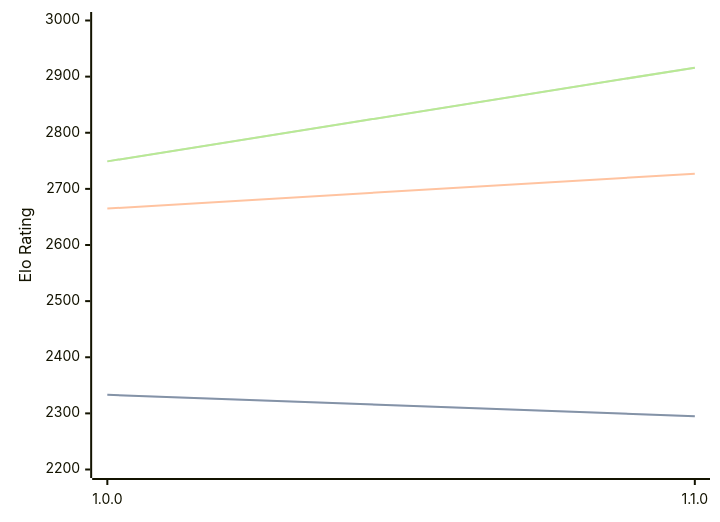
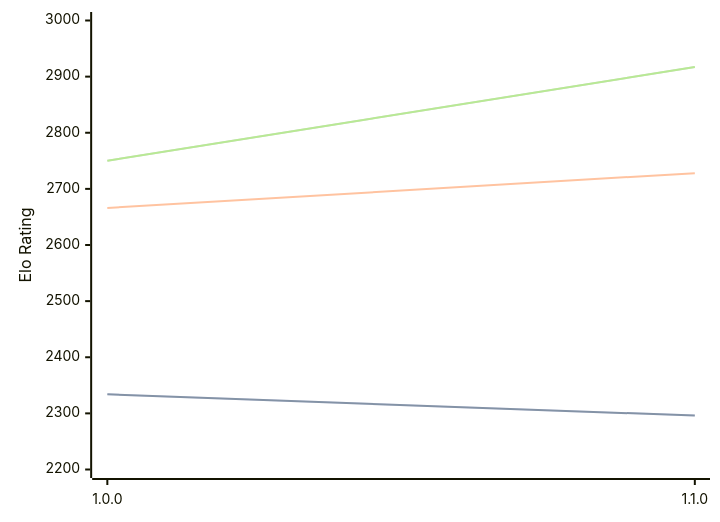
One commit to computer-chess-index/cci changed the diagram in engines/ShallowGuess.md. Above: the diagram before and after it, drawn with Mermaid. The commit also changed other lines of this file, not shown here.

Commit message:
Update CCI Ratings (ELO VLTC) - 2026-10-09

````diff
--- a/engines/ShallowGuess.md
+++ b/engines/ShallowGuess.md
@@ -32,11 +32,11 @@
 ```mermaid
 %%{init: {"theme":"base","themeVariables":{"seriesColors:['#a3a3a3','#222221','#faa371']}}}%%
 xychart-beta
   x-axis ["1.0.0", "1.1.0"]
   y-axis "Elo Rating" 2200 --> 3000
-  line "" [2333, 2295]
-  line "STC (8.0+0.08s)" [2333, 2295]
-  line "LTC (60.0+0.60s)" [2665, 2727]
-  line "" [2749, 2916]
-  line "VLTC (2m24s+1.12s)" [2749, 2916]
+  line "" [2334, 2296]
+  line "STC (8.0+0.08s)" [2334, 2296]
+  line "LTC (60.0+0.60s)" [2666, 2728]
+  line "" [2750, 2917]
+  line "VLTC (2m24s+1.12s)" [2750, 2917]
 ```
````
